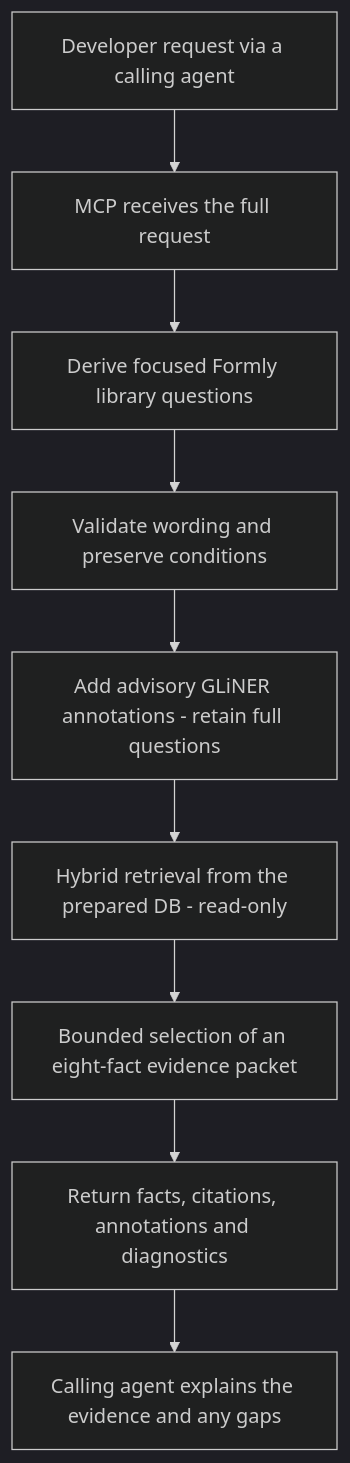
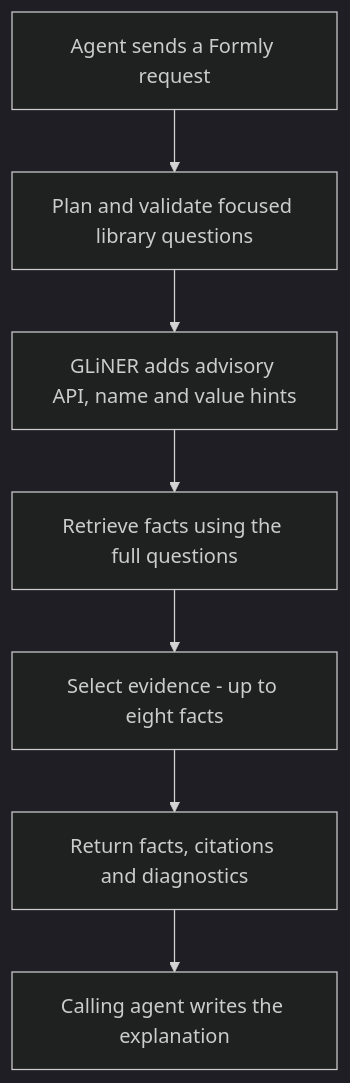
The second of 3 diagrams in README.md (dills122/ask-formly), drawn with Mermaid (dark theme) before and after one commit. The commit also changed other lines of this file, not shown here.

First line of the commit message:
Show verified knowledge-build and retrieval branches (#5)

````diff
--- a/README.md
+++ b/README.md
@@ -82,11 +93,9 @@
 ```mermaid
 flowchart TD
-    Request[Developer request via a calling agent] --> MCP[MCP receives the full request]
-    MCP --> Planner[Derive focused Formly library questions]
-    Planner --> Wording[Validate wording and preserve conditions]
-    Wording --> GLiNER[Add advisory GLiNER annotations - retain full questions]
-    GLiNER --> Retrieval[Hybrid retrieval from the prepared DB - read-only]
-    Retrieval --> Selection[Bounded selection of an eight-fact evidence packet]
-    Selection --> Response[Return facts, citations, annotations and diagnostics]
-    Response --> Agent[Calling agent explains the evidence and any gaps]
+    Request[Agent sends a Formly request] --> Plan[Plan and validate focused library questions]
+    Plan --> Annotate[GLiNER adds advisory API, name and value hints]
+    Annotate --> Retrieve[Retrieve facts using the full questions]
+    Retrieve --> Select[Select evidence - up to eight facts]
+    Select --> Return[Return facts, citations and diagnostics]
+    Return --> Explain[Calling agent writes the explanation]
 ```
````
